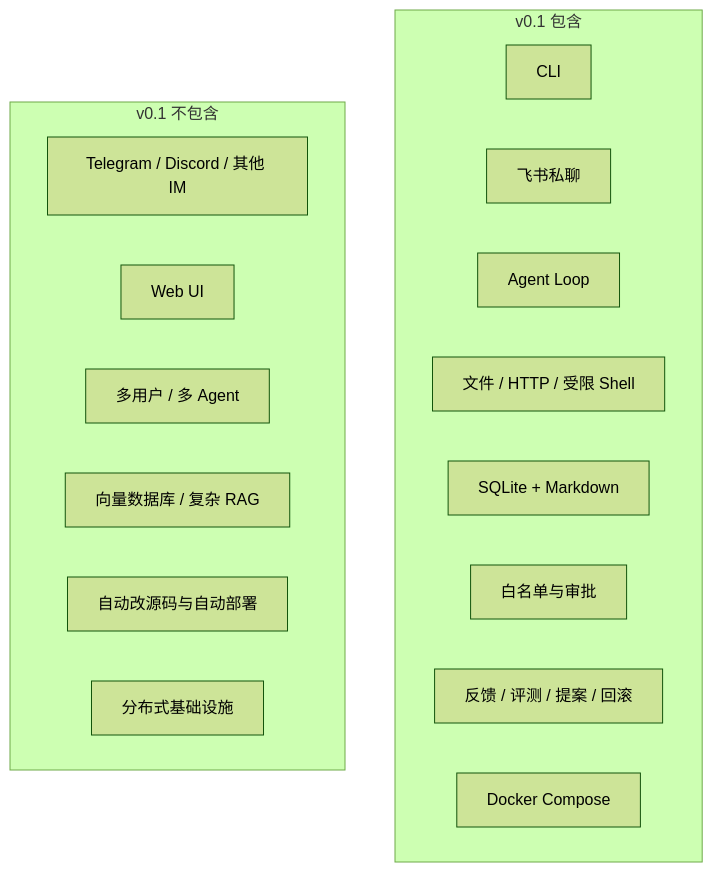
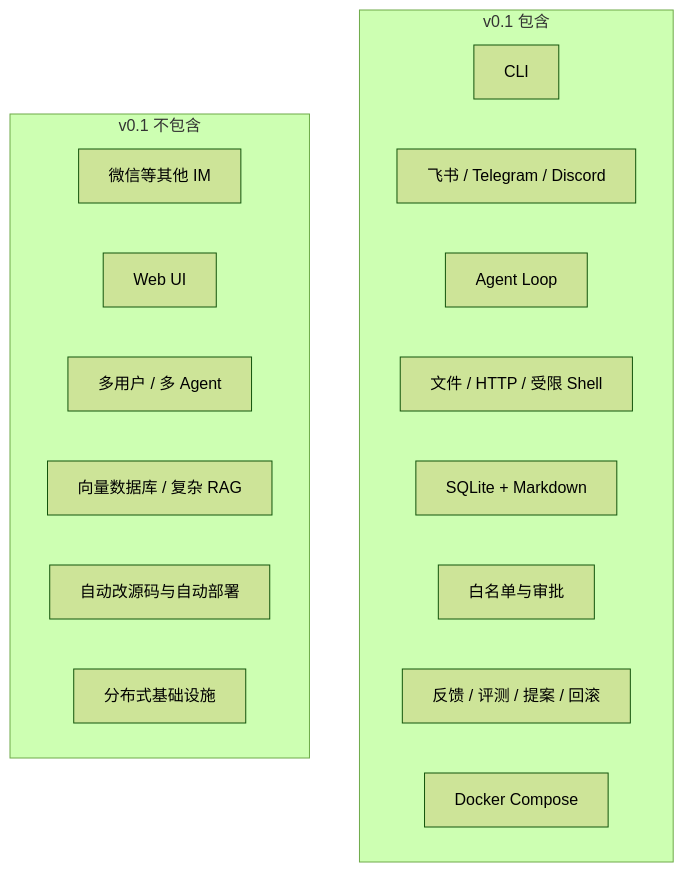
The second of 10 diagrams in docs/product/20260807_产品需求文档.md (NEDONION/lobster0), drawn with Mermaid (forest theme) before and after one commit. The commit also changed other lines of this file and 32 other files, not shown here.

Commit message:
docs(roadmap): 统一 Phase 交付时间线与当前证据

````diff
--- a/docs/product/20260807_产品需求文档.md
+++ b/docs/product/20260807_产品需求文档.md
@@ -100,22 +100,22 @@
 ```mermaid
 flowchart TB
     subgraph IN["v0.1 包含"]
         CLI["CLI"]
-        FEISHU["飞书私聊"]
+        CHANNELS["飞书 / Telegram / Discord"]
         LOOP["Agent Loop"]
         TOOLS["文件 / HTTP / 受限 Shell"]
         STORE["SQLite + Markdown"]
         SAFE["白名单与审批"]
         EVOLVE["反馈 / 评测 / 提案 / 回滚"]
         DOCKER["Docker Compose"]
     end
 
     subgraph OUT["v0.1 不包含"]
-        OTHER["Telegram / Discord / 其他 IM"]
+        OTHER["微信等其他 IM"]
         WEB["Web UI"]
         MULTI["多用户 / 多 Agent"]
         RAG["向量数据库 / 复杂 RAG"]
         AUTO["自动改源码与自动部署"]
         DIST["分布式基础设施"]
     end
 ```
````
